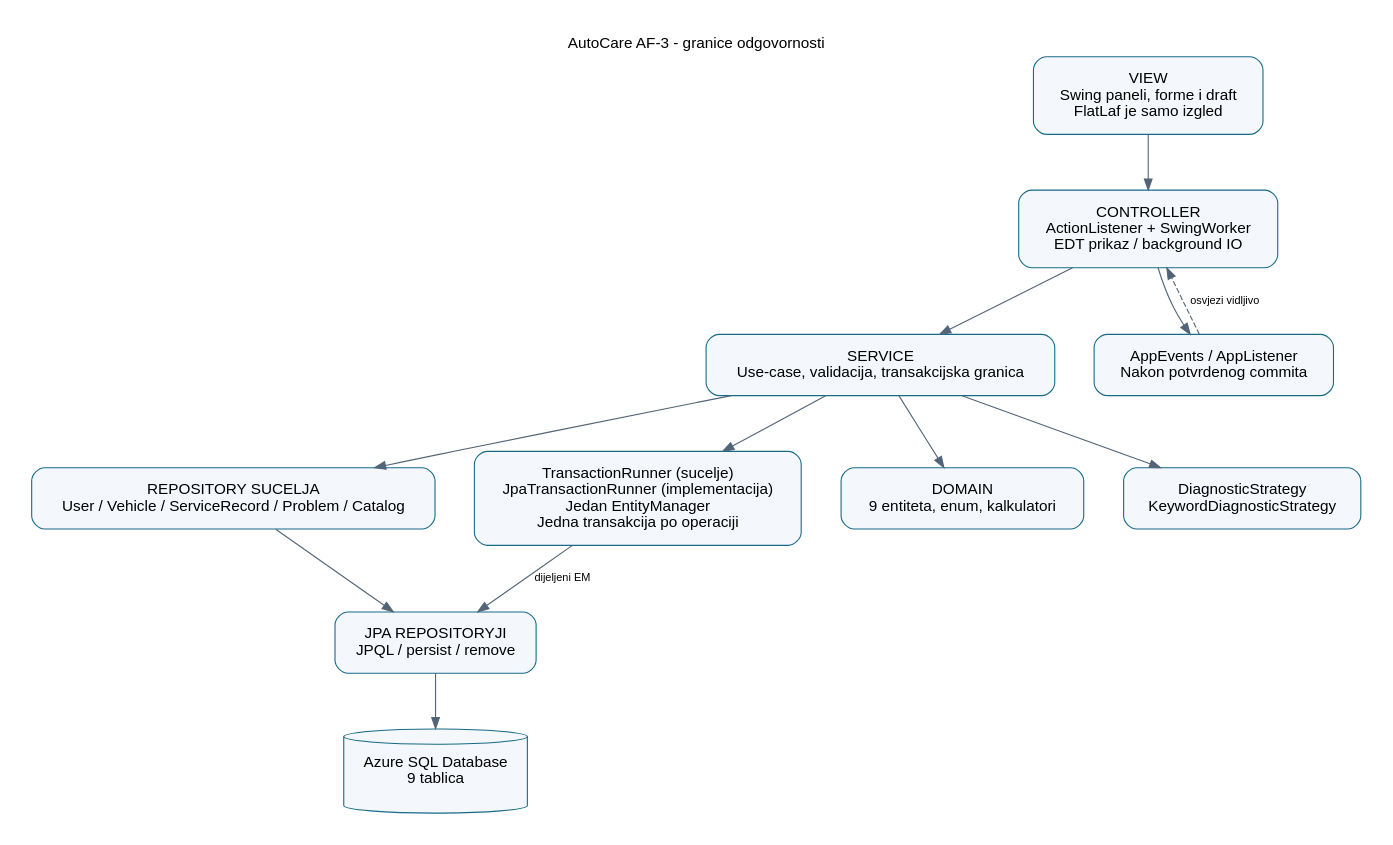
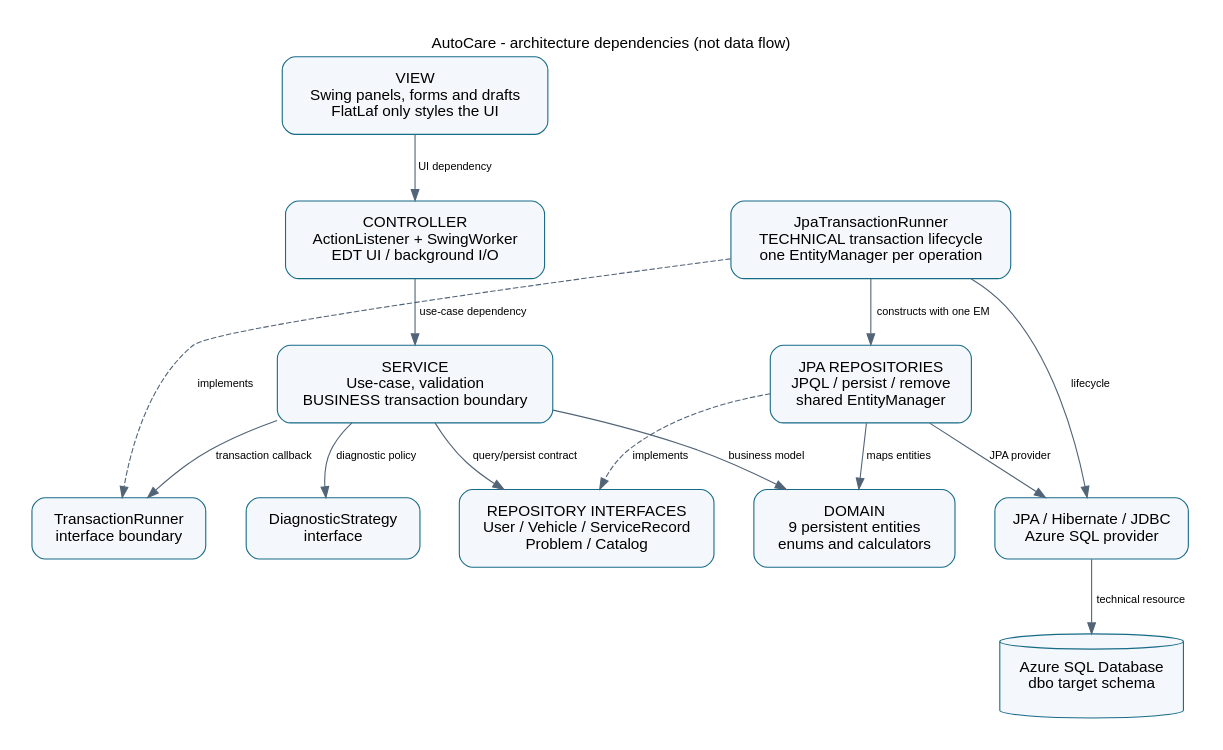
One commit to KarloLerga/AutoCare changed the diagram in docs/architecture.dot. Above: the diagram before and after it, drawn with Graphviz. The commit also changed 39 other files, not shown here.

```diff
--- a/docs/architecture.dot
+++ b/docs/architecture.dot
@@ -1,28 +1,47 @@
-digraph G { graph [rankdir=TB, bgcolor="white", pad="0.3", nodesep="0.5", ranksep="0.7", fontname="Helvetica"]; node [fontname="Helvetica", shape=box, style="rounded,filled", fillcolor="#F4F7FB", color="#176B87", margin="0.18"]; edge [fontname="Helvetica", fontsize=10, color="#526477"];
-label="AutoCare AF-3 - granice odgovornosti"; labelloc=t;
-view [label="VIEW
-Swing paneli, forme i draft
-FlatLaf je samo izgled"];
-controller [label="CONTROLLER
-ActionListener + SwingWorker
-EDT prikaz / background IO"];
-service [label="SERVICE
-Use-case, validacija, transakcijska granica"];
-repo [label="REPOSITORY SUCELJA
-User / Vehicle / ServiceRecord / Problem / Catalog"];
-tx [label="TransactionRunner (sucelje)
-JpaTransactionRunner (implementacija)
-Jedan EntityManager
-Jedna transakcija po operaciji"];
-jpa [label="JPA REPOSITORYJI
-JPQL / persist / remove"];
-domain [label="DOMAIN
-9 entiteta, enum, kalkulatori"];
-strategy [label="DiagnosticStrategy
-KeywordDiagnosticStrategy"];
-db [shape=cylinder,label="Azure SQL Database
-9 tablica"];
-event [label="AppEvents / AppListener
-Nakon potvrdenog commita"];
-view -> controller; controller -> service; service -> repo; service -> tx; service -> domain; service -> strategy; repo -> jpa; tx -> jpa [label="dijeljeni EM"]; jpa -> db; controller -> event; event -> controller [style=dashed,label="osvjezi vidljivo"];
+digraph AutoCareArchitecture {
+    graph [
+        rankdir=TB,
+        bgcolor="white",
+        pad="0.3",
+        nodesep="0.5",
+        ranksep="0.7",
+        fontname="Helvetica",
+        label="AutoCare - architecture dependencies (not data flow)",
+        labelloc=t
+    ];
+    node [
+        fontname="Helvetica",
+        shape=box,
+        style="rounded,filled",
+        fillcolor="#F4F7FB",
+        color="#176B87",
+        margin="0.18"
+    ];
+    edge [fontname="Helvetica", fontsize=10, color="#526477"];
+
+    view [label="VIEW\nSwing panels, forms and drafts\nFlatLaf only styles the UI"];
+    controller [label="CONTROLLER\nActionListener + SwingWorker\nEDT UI / background I/O"];
+    service [label="SERVICE\nUse-case, validation\nBUSINESS transaction boundary"];
+    domain [label="DOMAIN\n9 persistent entities\nenums and calculators"];
+    repositories [label="REPOSITORY INTERFACES\nUser / Vehicle / ServiceRecord\nProblem / Catalog"];
+    transaction [label="TransactionRunner\ninterface boundary"];
+    strategy [label="DiagnosticStrategy\ninterface"];
+    jpaTransaction [label="JpaTransactionRunner\nTECHNICAL transaction lifecycle\none EntityManager per operation"];
+    jpaRepositories [label="JPA REPOSITORIES\nJPQL / persist / remove\nshared EntityManager"];
+    infrastructure [label="JPA / Hibernate / JDBC\nAzure SQL provider"];
+    database [shape=cylinder, label="Azure SQL Database\ndbo target schema"];
+
+    view -> controller [label="UI dependency"];
+    controller -> service [label="use-case dependency"];
+    service -> domain [label="business model"];
+    service -> repositories [label="query/persist contract"];
+    service -> transaction [label="transaction callback"];
+    service -> strategy [label="diagnostic policy"];
+    jpaTransaction -> transaction [style=dashed, label="implements"];
+    jpaTransaction -> jpaRepositories [label="constructs with one EM"];
+    jpaRepositories -> repositories [style=dashed, label="implements"];
+    jpaRepositories -> domain [label="maps entities"];
+    jpaTransaction -> infrastructure [label="lifecycle"];
+    jpaRepositories -> infrastructure [label="JPA provider"];
+    infrastructure -> database [label="technical resource"];
 }
```
